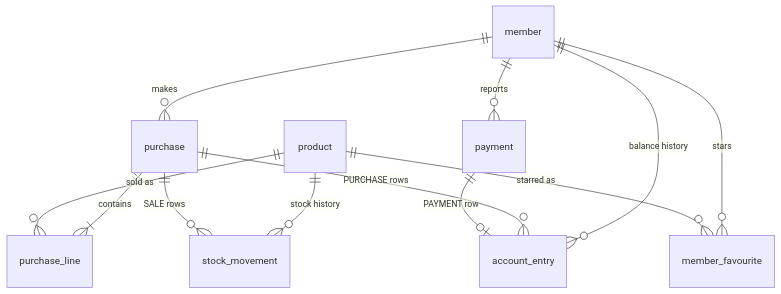
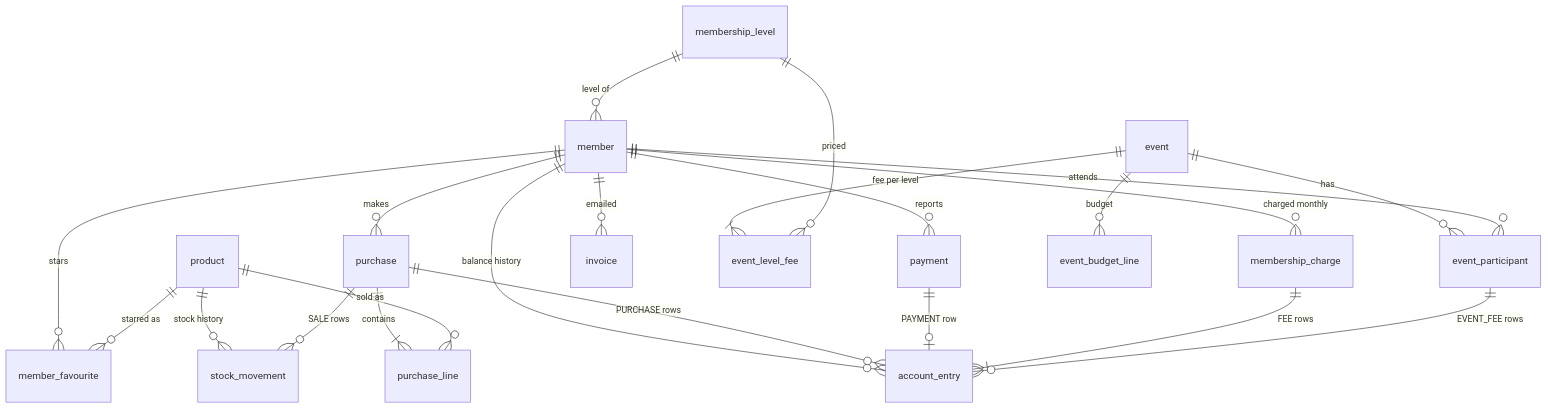
One commit to Aivartnsm/RevKassa changed the diagram in RevKassa/docs/DB-MODEL.md. Above: the diagram before and after it, drawn with Mermaid. The commit also changed other lines of this file and 5 other files, not shown here.

````diff
--- a/RevKassa/docs/DB-MODEL.md
+++ b/RevKassa/docs/DB-MODEL.md
@@ -14,14 +17,24 @@
 ```mermaid
 erDiagram
     member ||--o{ purchase : makes
     member ||--o{ payment : reports
     member ||--o{ account_entry : "balance history"
     member ||--o{ member_favourite : stars
     product ||--o{ member_favourite : "starred as"
     purchase ||--|{ purchase_line : contains
     product ||--o{ purchase_line : "sold as"
     product ||--o{ stock_movement : "stock history"
     purchase ||--o{ stock_movement : "SALE rows"
     purchase ||--o{ account_entry : "PURCHASE rows"
     payment ||--o| account_entry : "PAYMENT row"
+    member ||--o{ membership_charge : "charged monthly"
+    membership_charge ||--|{ account_entry : "FEE rows"
+    member ||--o{ invoice : "emailed"
+    membership_level ||--o{ member : "level of"
+    event ||--|{ event_level_fee : "fee per level"
+    membership_level ||--o{ event_level_fee : priced
+    event ||--o{ event_participant : has
+    member ||--o{ event_participant : attends
+    event_participant ||--o{ account_entry : "EVENT_FEE rows"
+    event ||--o{ event_budget_line : budget
 ```
````
